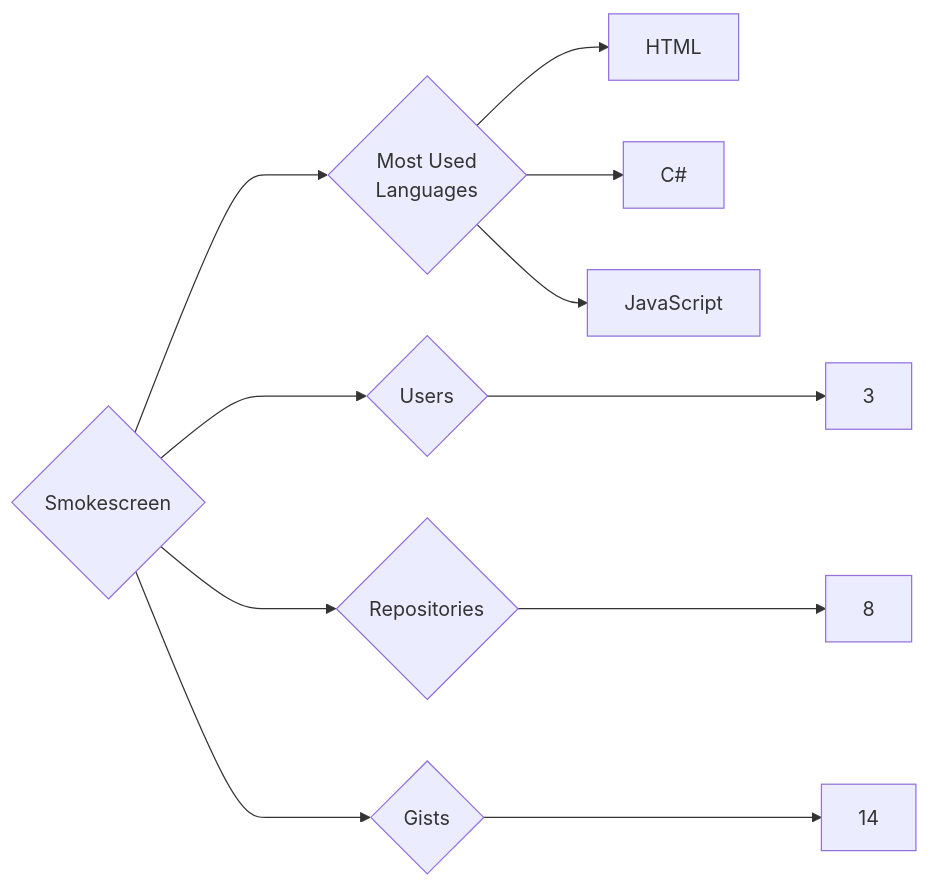
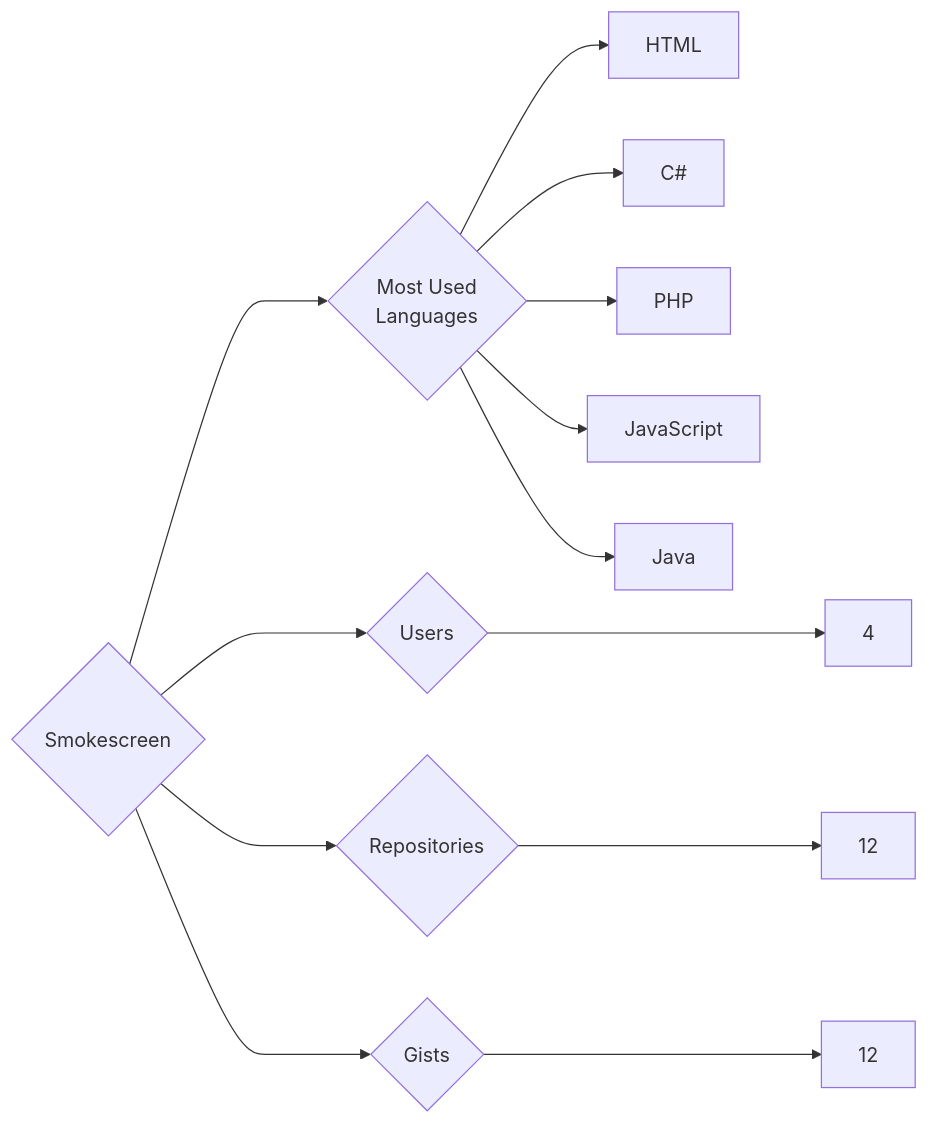
One commit to trickest/insiders changed the diagram in targets/Smokescreen/README.md. Above: the diagram before and after it, drawn with Mermaid. The commit also changed 806 other files, not shown here.

````diff
--- a/targets/Smokescreen/README.md
+++ b/targets/Smokescreen/README.md
@@ -3,11 +3,13 @@
 ```mermaid
 graph LR
 COMPANY_NAME{Smokescreen}
-COMPANY_NAME ---> U{Users} ---> UN[3]
-COMPANY_NAME ---> R{Repositories} ---> RN[8]
-COMPANY_NAME ---> G{Gists} ---> GN[14]
+COMPANY_NAME ---> U{Users} ---> UN[4]
+COMPANY_NAME ---> R{Repositories} ---> RN[12]
+COMPANY_NAME ---> G{Gists} ---> GN[12]
 COMPANY_NAME ---> ML{Most Used<br>Languages}
 ML --> HTML[HTML]
 ML --> C#[C#]
+ML --> PHP[PHP]
 ML --> JavaScript[JavaScript]
+ML --> Java[Java]
 ```
````
